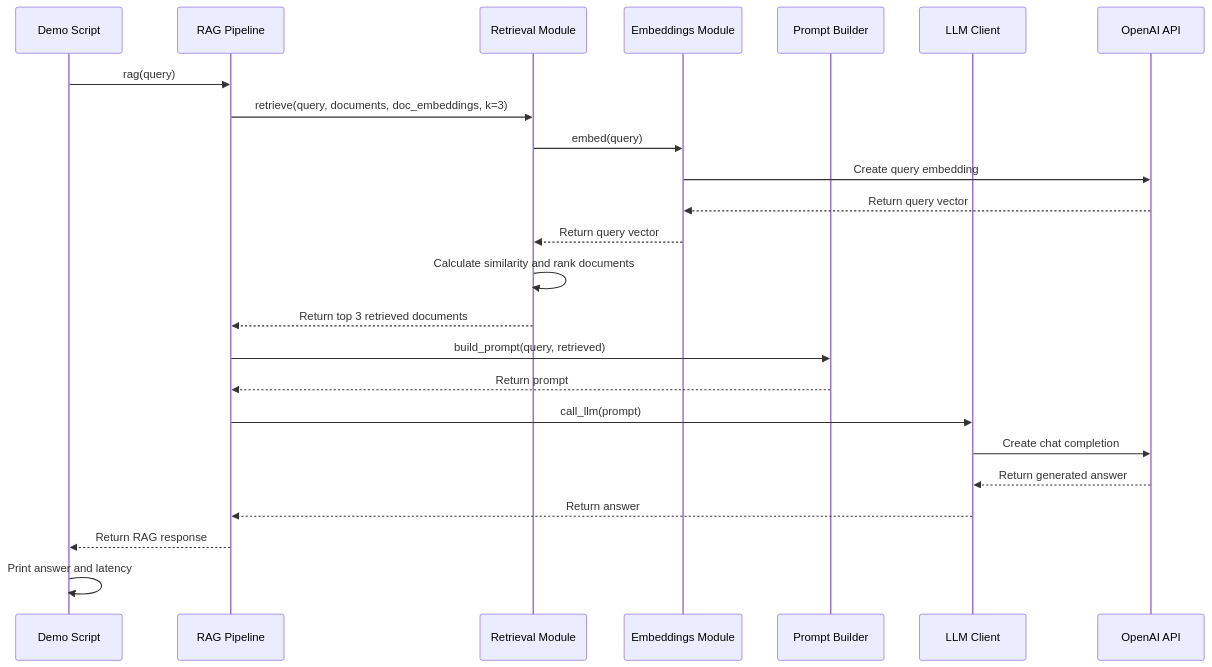
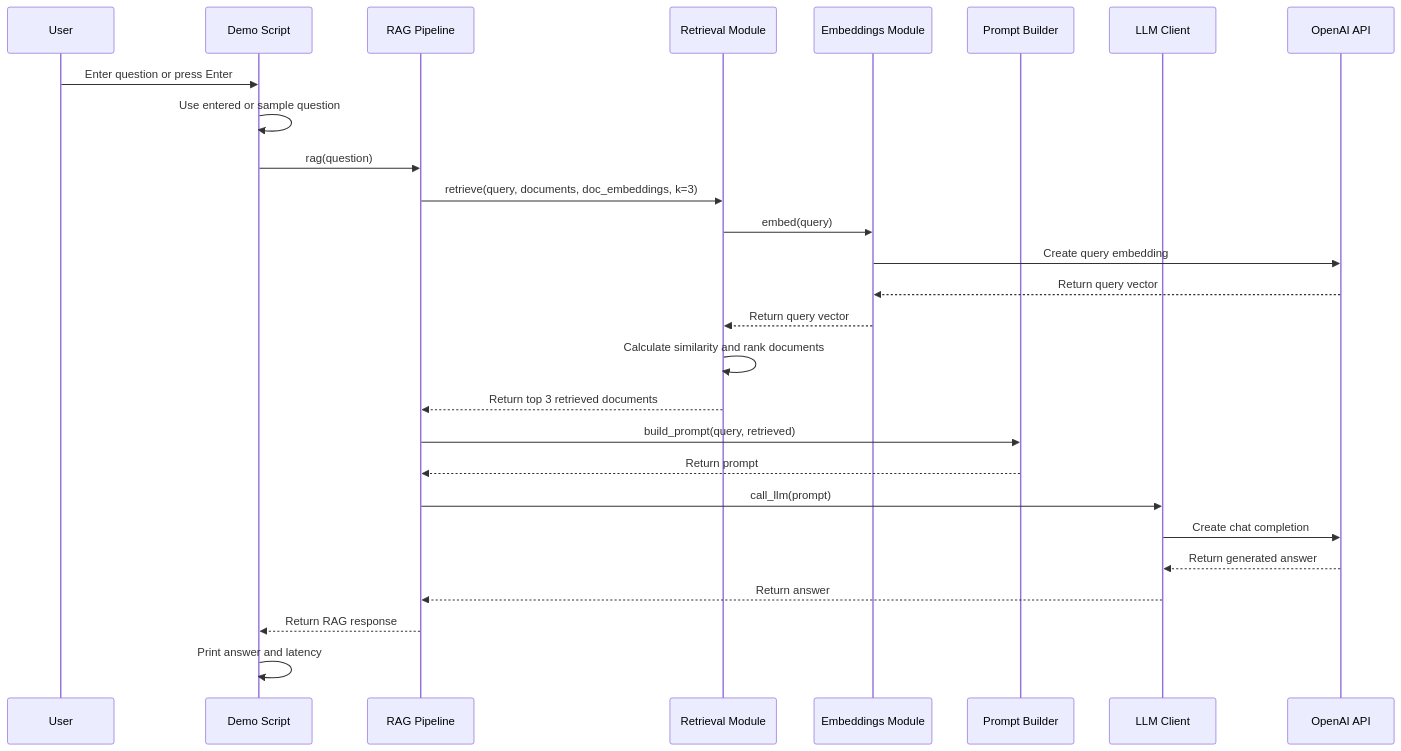
The diagram in README.md (soheelhaque/RAG-python), drawn with Mermaid before and after one commit. The commit also changed other lines of this file and 8 other files, not shown here.

````diff
--- a/README.md
+++ b/README.md
@@ -20,27 +20,30 @@
 ```mermaid
 sequenceDiagram
+    participant User
     participant Demo as Demo Script
     participant Pipeline as RAG Pipeline
     participant Retrieval as Retrieval Module
     participant Embeddings as Embeddings Module
     participant Prompt as Prompt Builder
     participant LLMClient as LLM Client
     participant OpenAI as OpenAI API
 
-    Demo->>Pipeline: rag(query)
+    User->>Demo: Enter question or press Enter
+    Demo->>Demo: Use entered or sample question
+    Demo->>Pipeline: rag(question)
     Pipeline->>Retrieval: retrieve(query, documents, doc_embeddings, k=3)
     Retrieval->>Embeddings: embed(query)
     Embeddings->>OpenAI: Create query embedding
     OpenAI-->>Embeddings: Return query vector
     Embeddings-->>Retrieval: Return query vector
     Retrieval->>Retrieval: Calculate similarity and rank documents
     Retrieval-->>Pipeline: Return top 3 retrieved documents
     Pipeline->>Prompt: build_prompt(query, retrieved)
     Prompt-->>Pipeline: Return prompt
     Pipeline->>LLMClient: call_llm(prompt)
     LLMClient->>OpenAI: Create chat completion
     OpenAI-->>LLMClient: Return generated answer
     LLMClient-->>Pipeline: Return answer
     Pipeline-->>Demo: Return RAG response
     Demo->>Demo: Print answer and latency
 ```
````
